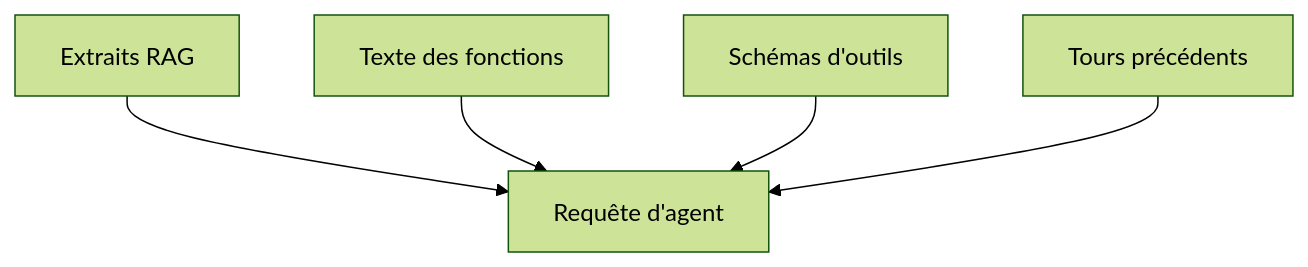
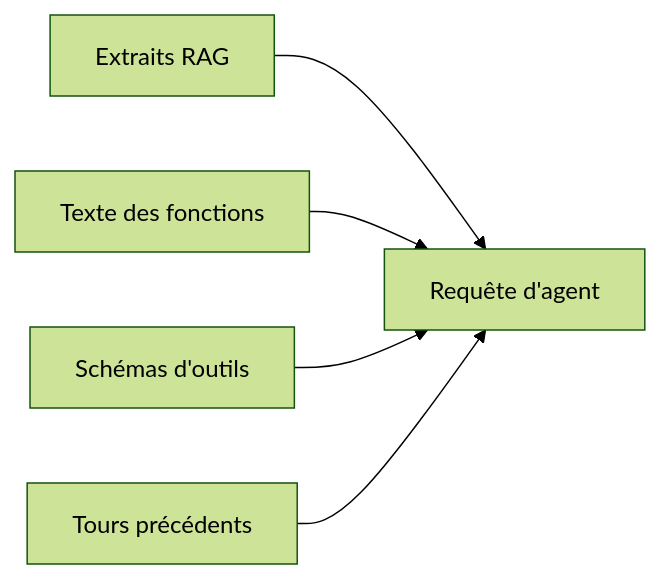
One commit to RDFormations/GH_Copilot_TS changed the second of 5 diagrams in cours/05-module-tokens.md. Above: the diagram before and after it, drawn with Mermaid (forest theme). The commit also changed other lines of this file and 7 other files, not shown here.

````diff
--- a/cours/05-module-tokens.md
+++ b/cours/05-module-tokens.md
@@ -31,7 +28,7 @@
 ```mermaid
-flowchart TB
+flowchart LR
   E["Extraits RAG"] --> Q["Requête d'agent"]
   F["Texte des fonctions"] --> Q
   S["Schémas d'outils"] --> Q
   T["Tours précédents"] --> Q
 ```
````
